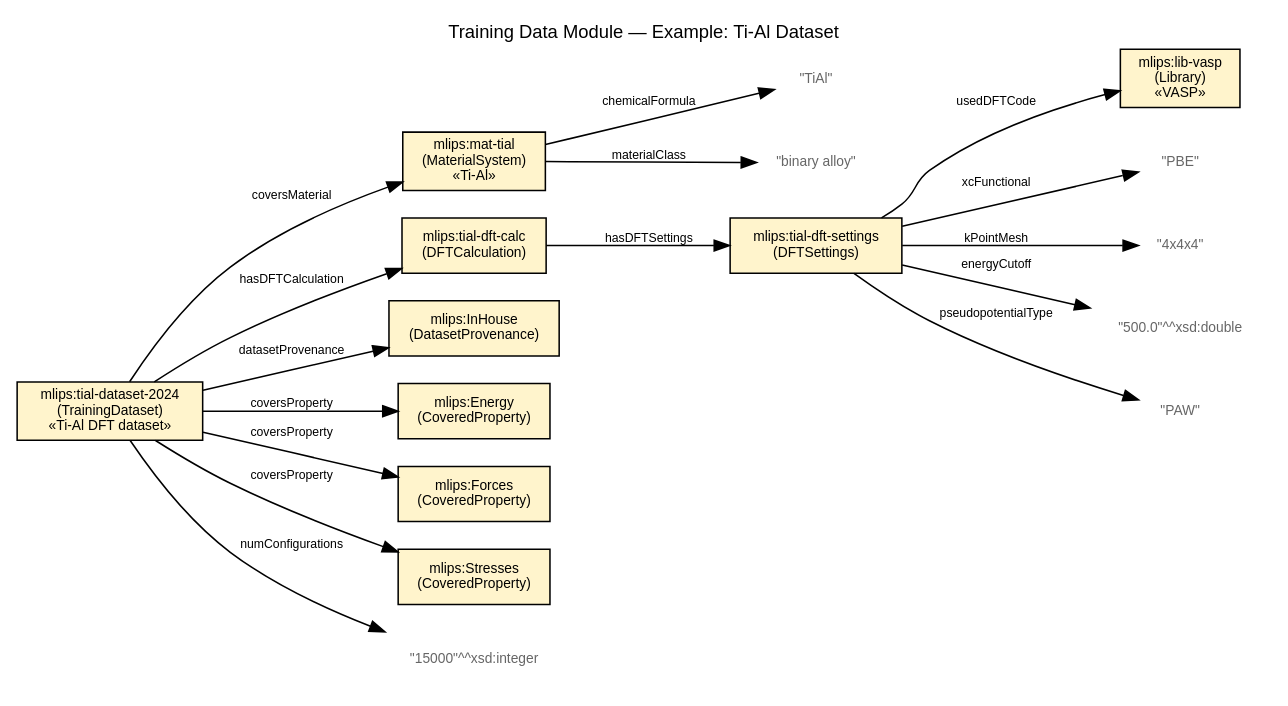
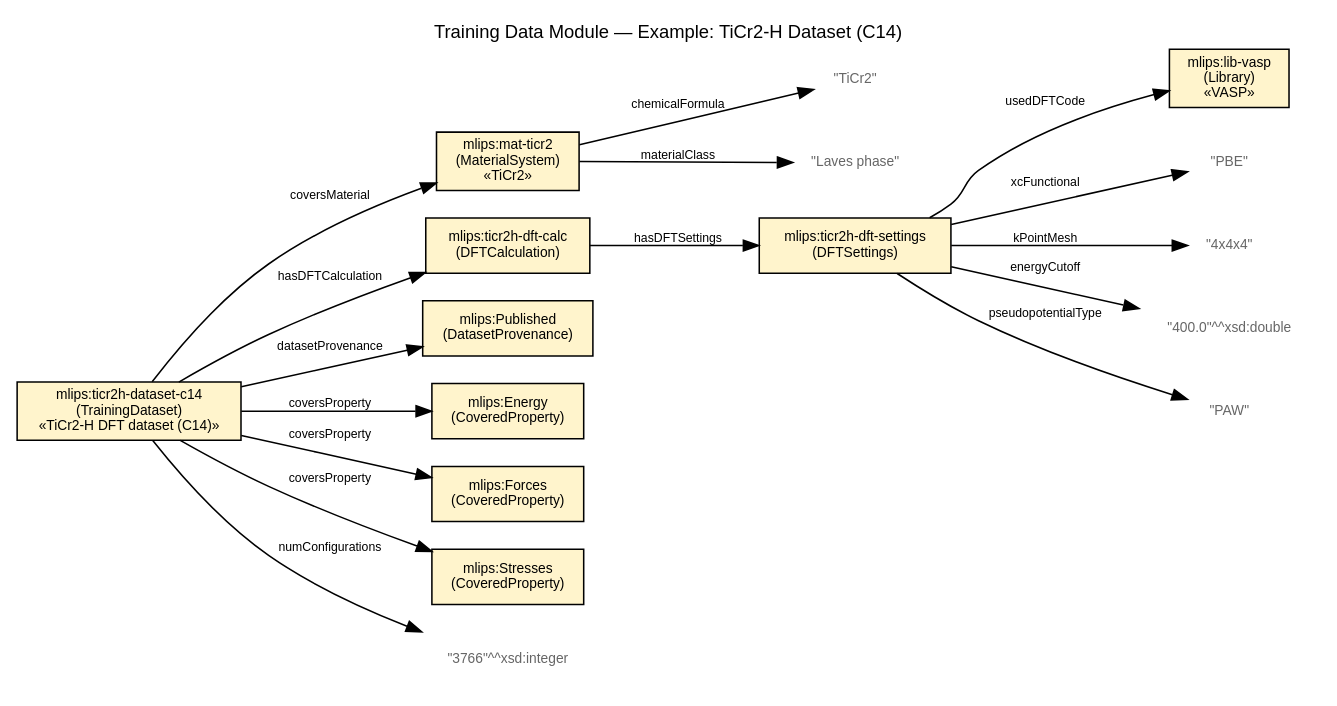
Before and after one commit to danielhz/mlips-ontology: the diagram in artifacts/figures/mlips-training-data-example.dot, drawn with Graphviz. The commit also changed 36 other files, not shown here.

```diff
--- a/artifacts/figures/mlips-training-data-example.dot
+++ b/artifacts/figures/mlips-training-data-example.dot
@@ -1,41 +1,41 @@
 digraph mlips_training_example {
 rankdir=LR;
 fontname="Helvetica";
 fontsize=10;
 node [fontname="Helvetica", fontsize=9];
 edge [fontname="Helvetica", fontsize=8];
 
-  label="Training Data Module — Example: Ti-Al Dataset";
+  label="Training Data Module — Example: TiCr2-H Dataset (C14)";
   labelloc=t; fontsize=12;
-  ds [label="mlips:tial-dataset-2024\n(TrainingDataset)\n«Ti-Al DFT dataset»", shape=box, style="filled", fillcolor="#fff4cc"];
-  mat [label="mlips:mat-tial\n(MaterialSystem)\n«Ti-Al»", shape=box, style="filled", fillcolor="#fff4cc"];
-  calc [label="mlips:tial-dft-calc\n(DFTCalculation)", shape=box, style="filled", fillcolor="#fff4cc"];
-  settings [label="mlips:tial-dft-settings\n(DFTSettings)", shape=box, style="filled", fillcolor="#fff4cc"];
+  ds [label="mlips:ticr2h-dataset-c14\n(TrainingDataset)\n«TiCr2-H DFT dataset (C14)»", shape=box, style="filled", fillcolor="#fff4cc"];
+  mat [label="mlips:mat-ticr2\n(MaterialSystem)\n«TiCr2»", shape=box, style="filled", fillcolor="#fff4cc"];
+  calc [label="mlips:ticr2h-dft-calc\n(DFTCalculation)", shape=box, style="filled", fillcolor="#fff4cc"];
+  settings [label="mlips:ticr2h-dft-settings\n(DFTSettings)", shape=box, style="filled", fillcolor="#fff4cc"];
   vasp [label="mlips:lib-vasp\n(Library)\n«VASP»", shape=box, style="filled", fillcolor="#fff4cc"];
-  prov [label="mlips:InHouse\n(DatasetProvenance)", shape=box, style="filled", fillcolor="#fff4cc"];
+  prov [label="mlips:Published\n(DatasetProvenance)", shape=box, style="filled", fillcolor="#fff4cc"];
   prop_e [label="mlips:Energy\n(CoveredProperty)", shape=box, style="filled", fillcolor="#fff4cc"];
   prop_f [label="mlips:Forces\n(CoveredProperty)", shape=box, style="filled", fillcolor="#fff4cc"];
   prop_s [label="mlips:Stresses\n(CoveredProperty)", shape=box, style="filled", fillcolor="#fff4cc"];
-  l_nconf [label="\"15000\"^^xsd:integer", shape=plaintext, fontcolor="#666666"];
+  l_nconf [label="\"3766\"^^xsd:integer", shape=plaintext, fontcolor="#666666"];
   l_xc [label="\"PBE\"", shape=plaintext, fontcolor="#666666"];
   l_kpt [label="\"4x4x4\"", shape=plaintext, fontcolor="#666666"];
-  l_ecut [label="\"500.0\"^^xsd:double", shape=plaintext, fontcolor="#666666"];
+  l_ecut [label="\"400.0\"^^xsd:double", shape=plaintext, fontcolor="#666666"];
   l_pp [label="\"PAW\"", shape=plaintext, fontcolor="#666666"];
-  l_formula [label="\"TiAl\"", shape=plaintext, fontcolor="#666666"];
-  l_class [label="\"binary alloy\"", shape=plaintext, fontcolor="#666666"];
+  l_formula [label="\"TiCr2\"", shape=plaintext, fontcolor="#666666"];
+  l_class [label="\"Laves phase\"", shape=plaintext, fontcolor="#666666"];
   ds -> mat [label="coversMaterial"];
   ds -> calc [label="hasDFTCalculation"];
   ds -> prov [label="datasetProvenance"];
   ds -> prop_e [label="coversProperty"];
   ds -> prop_f [label="coversProperty"];
   ds -> prop_s [label="coversProperty"];
   ds -> l_nconf [label="numConfigurations"];
   calc -> settings [label="hasDFTSettings"];
   settings -> vasp [label="usedDFTCode"];
   settings -> l_xc [label="xcFunctional"];
   settings -> l_kpt [label="kPointMesh"];
   settings -> l_ecut [label="energyCutoff"];
   settings -> l_pp [label="pseudopotentialType"];
   mat -> l_formula [label="chemicalFormula"];
   mat -> l_class [label="materialClass"];
 }
```
